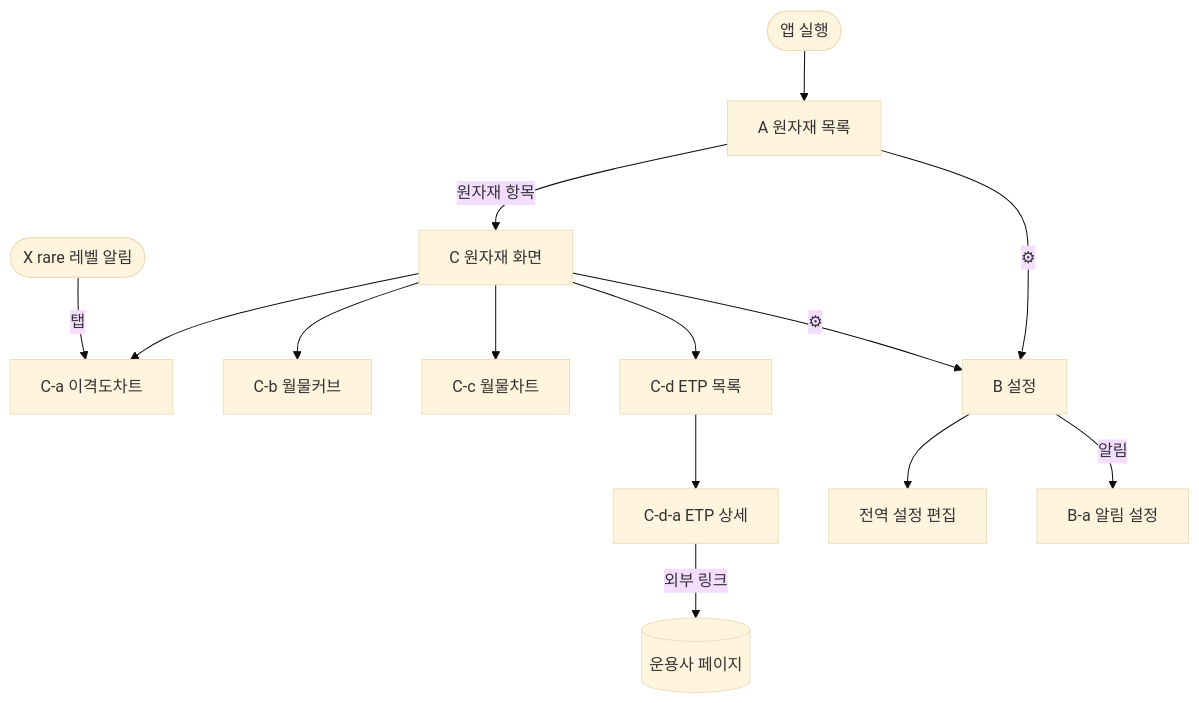
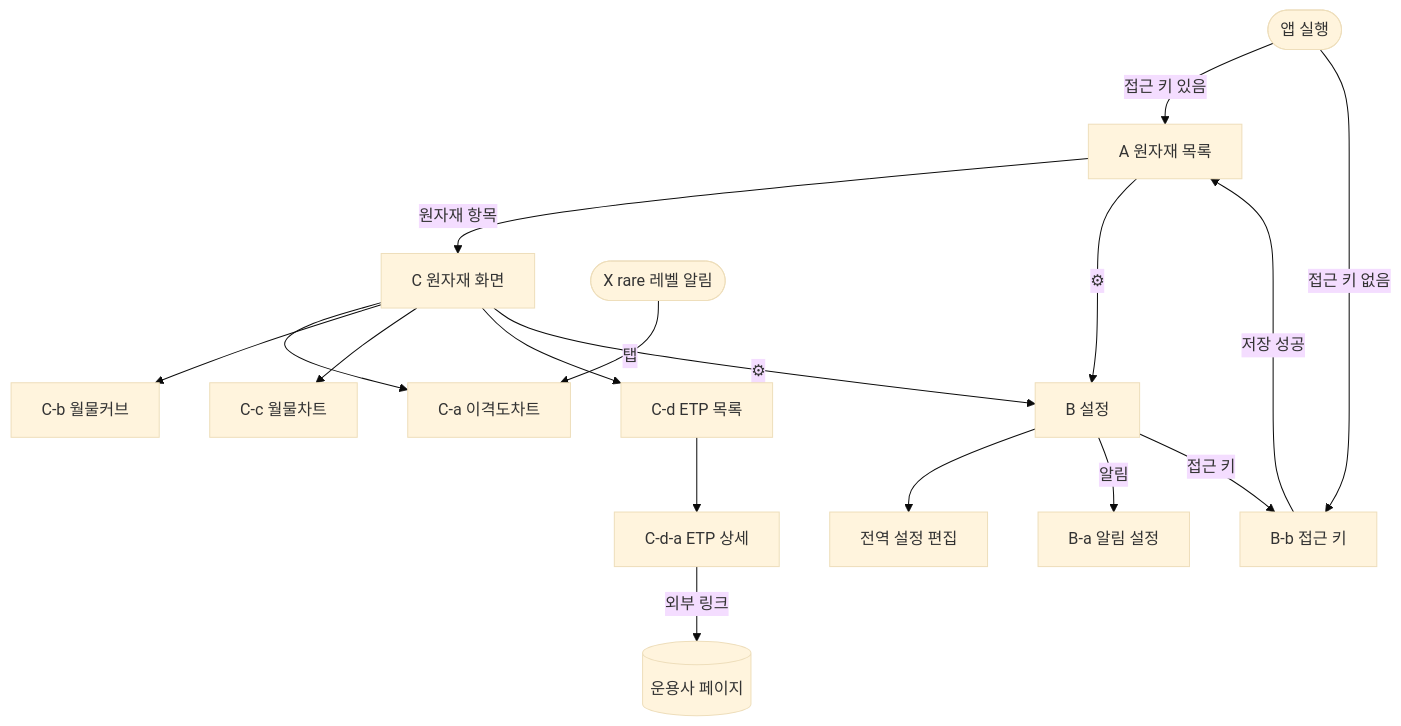
The diagram in docs/product.md (seyoun10/futureETP), drawn with Mermaid (base theme) before and after one commit. The commit also changed other lines of this file and 6 other files, not shown here.

Commit message:
docs: resolve cross-document inconsistencies after architecture stage (D-047)

````diff
--- a/docs/product.md
+++ b/docs/product.md
@@ -289,16 +290,19 @@
 ```mermaid
 flowchart TD
-    Start([앱 실행]) --> A[A 원자재 목록]
+    Start([앱 실행]) -->|접근 키 있음| A[A 원자재 목록]
+    Start -->|접근 키 없음| Bb[B-b 접근 키]
+    Bb -->|저장 성공| A
     A -->|원자재 항목| C[C 원자재 화면]
     C --> Ca[C-a 이격도차트]
     C --> Cb[C-b 월물커브]
     C --> Cc[C-c 월물차트]
     C --> Cd[C-d ETP 목록]
     Cd --> Cda[C-d-a ETP 상세]
     Cda -->|외부 링크| Issuer[(운용사 페이지)]
     A -->|⚙| B[B 설정]
     C -->|⚙| B
     B --> EditSettings[전역 설정 편집]
     B -->|알림| Ba[B-a 알림 설정]
+    B -->|접근 키| Bb
     X([X rare 레벨 알림]) -->|탭| Ca
 ```
````
